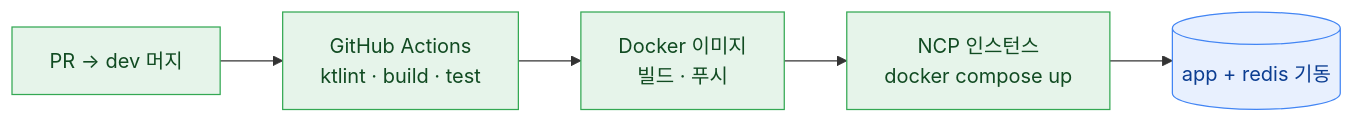
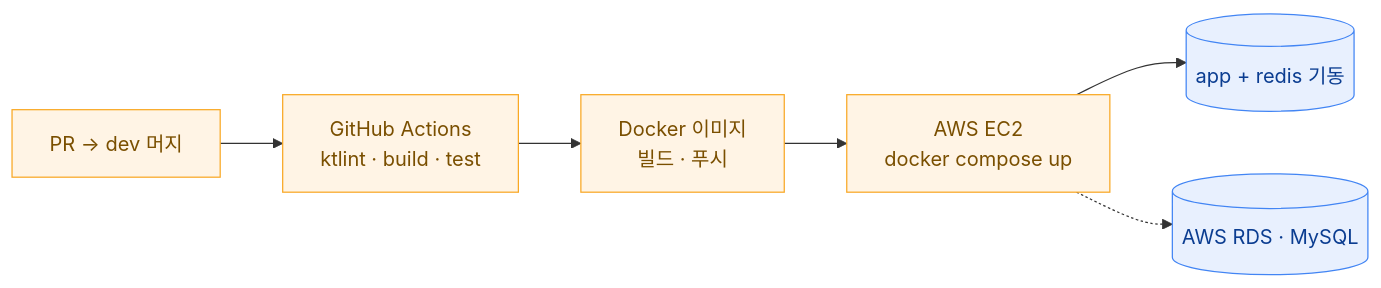
One commit to Digpot/Digda-server changed the third of 3 diagrams in README.md. Above: the diagram before and after it, drawn with Mermaid. The commit also changed other lines of this file and 2 other files, not shown here.

First line of the commit message:
@ docs(server): 아키텍처 SVG + 배포 표기 NCP→AWS 정정

````diff
--- a/README.md
+++ b/README.md
@@ -170,10 +130,11 @@
 ```mermaid
 flowchart LR
     PR["PR → dev 머지"] --> CI["GitHub Actions<br/>ktlint · build · test"]
     CI --> IMG["Docker 이미지<br/>빌드 · 푸시"]
-    IMG --> NCP["NCP 인스턴스<br/>docker compose up"]
-    NCP --> RUN[("app + redis 기동")]
-    classDef s fill:#E6F4EA,stroke:#34A853,color:#114B22;
+    IMG --> EC2["AWS EC2<br/>docker compose up"]
+    EC2 --> RUN[("app + redis 기동")]
+    EC2 -.-> RDS[("AWS RDS · MySQL")]
+    classDef s fill:#FFF4E5,stroke:#F9A825,color:#7A4F00;
     classDef d fill:#E8F0FE,stroke:#4285F4,color:#0B3D91;
-    class PR,CI,IMG,NCP s; class RUN d;
+    class PR,CI,IMG,EC2 s; class RUN,RDS d;
 ```
````
